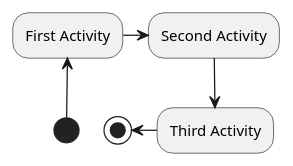
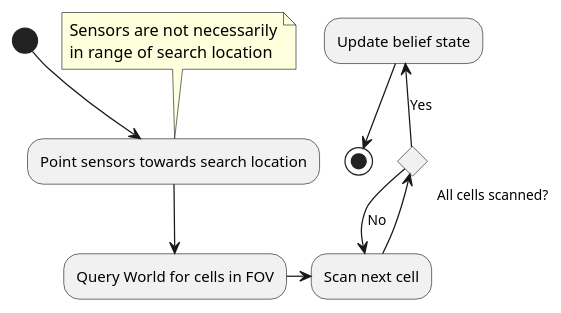
One commit to tansir1/thesis changed the diagram in dissertation/diagrams/uav_activity_search.pu. Above: the diagram before and after it, drawn with PlantUML.

Commit message:
Added search activity.

```diff
--- a/dissertation/diagrams/uav_activity_search.pu
+++ b/dissertation/diagrams/uav_activity_search.pu
@@ -1,8 +1,16 @@
 @startuml
 
-(*) -up-> "First Activity"
--right-> "Second Activity"
---> "Third Activity"
--left-> (*)
+(*) -d-> "Point sensors towards search location"
+note top
+  Sensors are not necessarily
+  in range of search location
+end note
+-d-> "Query World for cells in FOV"
+-r-> "Scan next cell" as scan
+-u-> if "All cells scanned?" then
+  -u->[Yes] "Update belief state"
+  --> (*)
+  else
+    -->[No] scan
 
 @enduml
```
